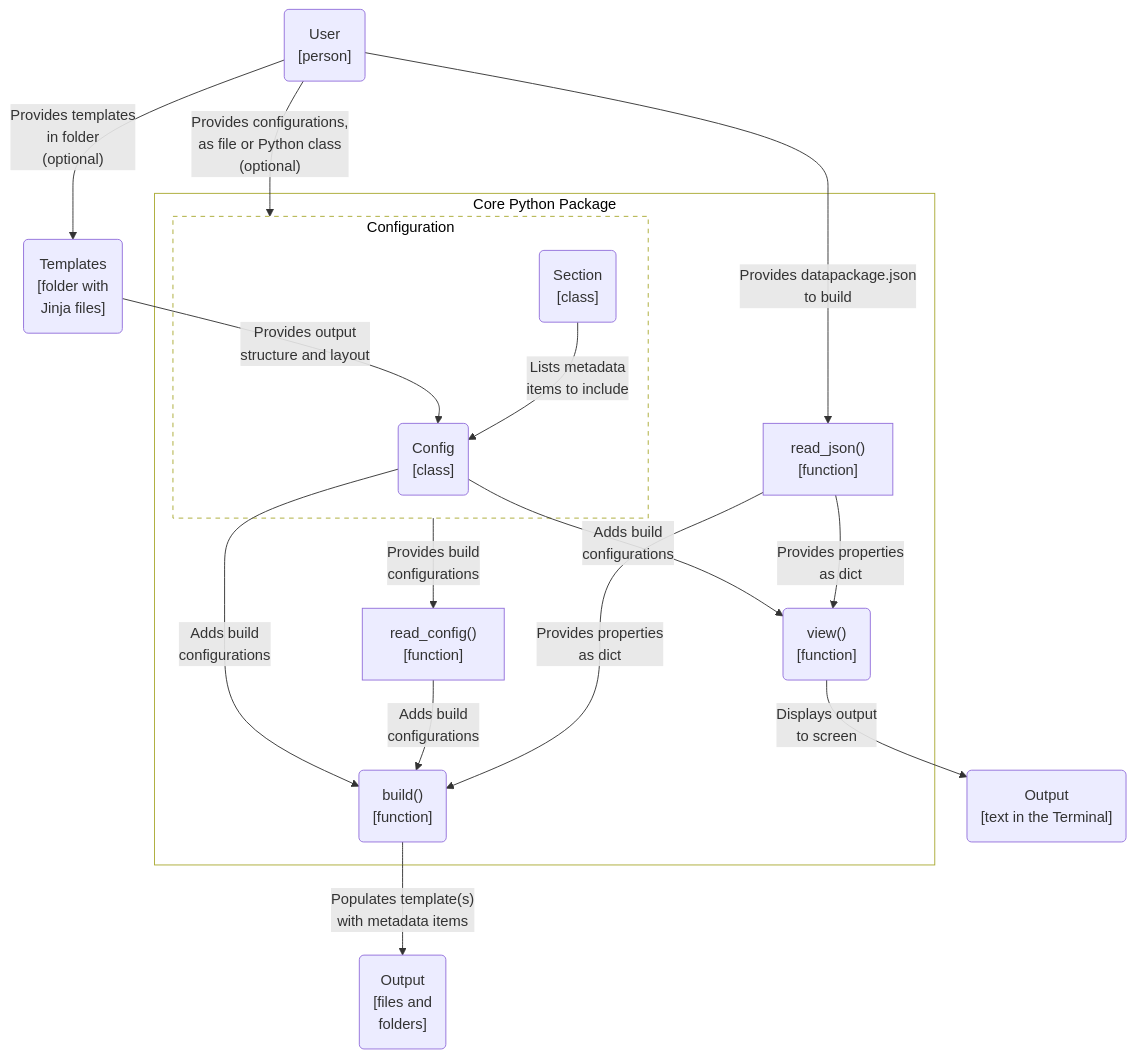
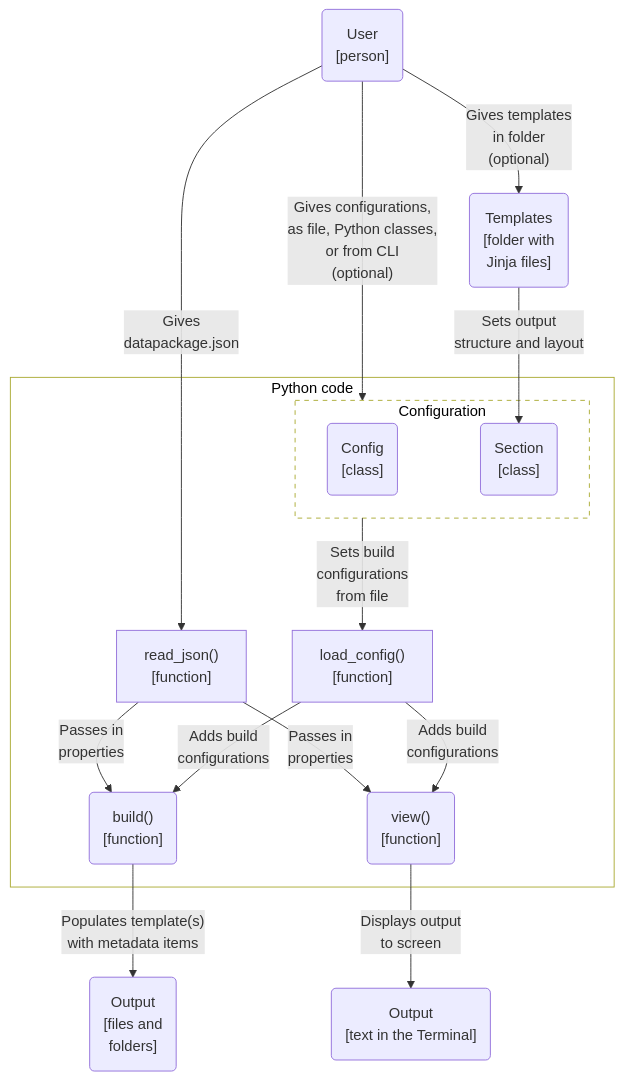
The third of 3 diagrams in docs/design/architecture.qmd (seedcase-project/seedcase-flower), drawn with Mermaid before and after one commit. The commit also changed other lines of this file and 3 other files, not shown here.

````diff
--- a/docs/design/architecture.qmd
+++ b/docs/design/architecture.qmd
@@ -235,41 +235,39 @@
 ```{mermaid}
 %%| label: fig-c4-component
-%%| fig-cap: "C4 component diagram showing the parts of the Python package and their connections."
+%%| fig-cap: "C4 component diagram showing the parts of the Python package that contribute to the CLI and their connections."
 flowchart
 
-    subgraph python_package["Core Python Package"]
+    subgraph python_package["Python code"]
 
         subgraph config_file["Configuration"]
             config("Config<br>[class]")
             section("Section<br>[class]")
         end
 
-        read_config["read_config()<br>[function]"]
+        load_config["load_config()<br>[function]"]
         read_json["read_json()<br>[function]"]
         build("build()<br>[function]")
         view("view()<br>[function]")
 
-        section --"Lists metadata<br>items to include"--> config
-        config_file -- "Provides build<br>configurations" --> read_config
+        config_file -- "Sets build<br>configurations<br>from file" --> load_config
 
-        read_json --"Provides properties<br>as dict"--> build & view
-        read_config -- "Adds build<br>configurations" --> build
-        config --"Adds build<br>configurations"--> build & view
+        read_json --"Passes in<br>properties"--> build & view
+        load_config -- "Adds build<br>configurations" --> build & view
     end
 
     templates("Templates<br>[folder with<br>Jinja files]")
     user("User<br>[person]")
     output_files("Output<br>[files and<br>folders]")
     output_screen("Output<br>[text in the Terminal]")
 
-    templates --"Provides output<br>structure and layout"--> config
-    user --"Provides datapackage.json<br>to build"--> read_json
-    user --"Provides configurations,<br>as file or Python class<br>(optional)"--> config_file
-    user --"Provides templates<br>in folder<br>(optional)"--> templates
+    templates --"Sets output<br>structure and layout"--> section
+    user --"Gives<br>datapackage.json"--> read_json
+    user --"Gives configurations,<br>as file, Python classes,<br>or from CLI<br>(optional)"--> config_file
+    user --"Gives templates<br>in folder<br>(optional)"--> templates
     build --"Populates template(s)<br>with metadata items"--> output_files
     view --"Displays output<br>to screen"--> output_screen
 
     %% Styling
     style python_package fill:#FFFFFF, color:#000000
     style config_file fill:#FFFFFF, color:#000000, stroke-dasharray: 5 5
 ```
````
